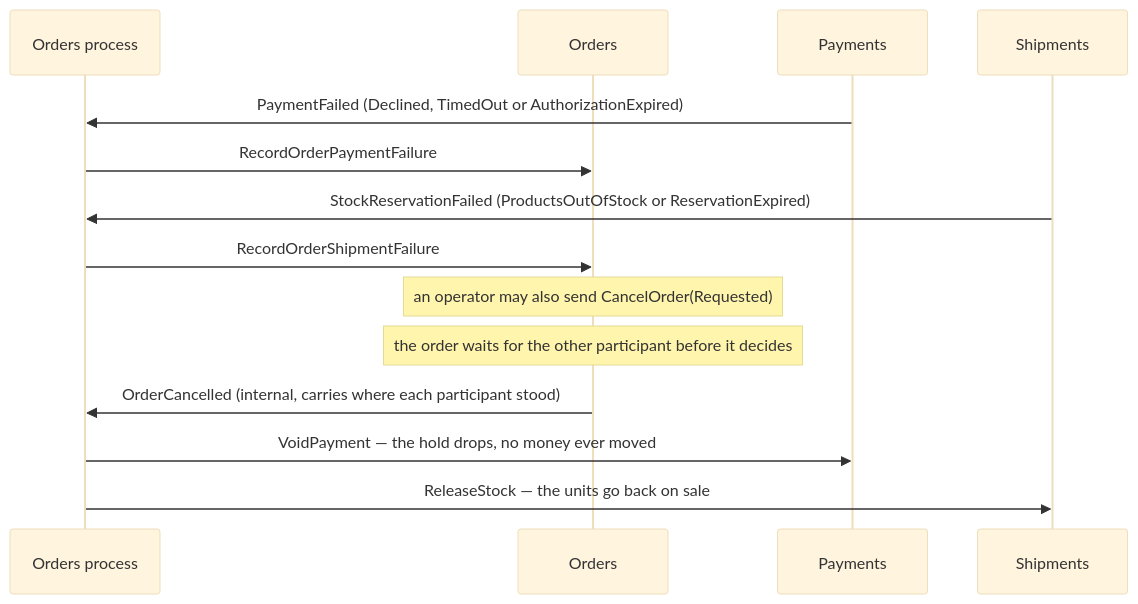
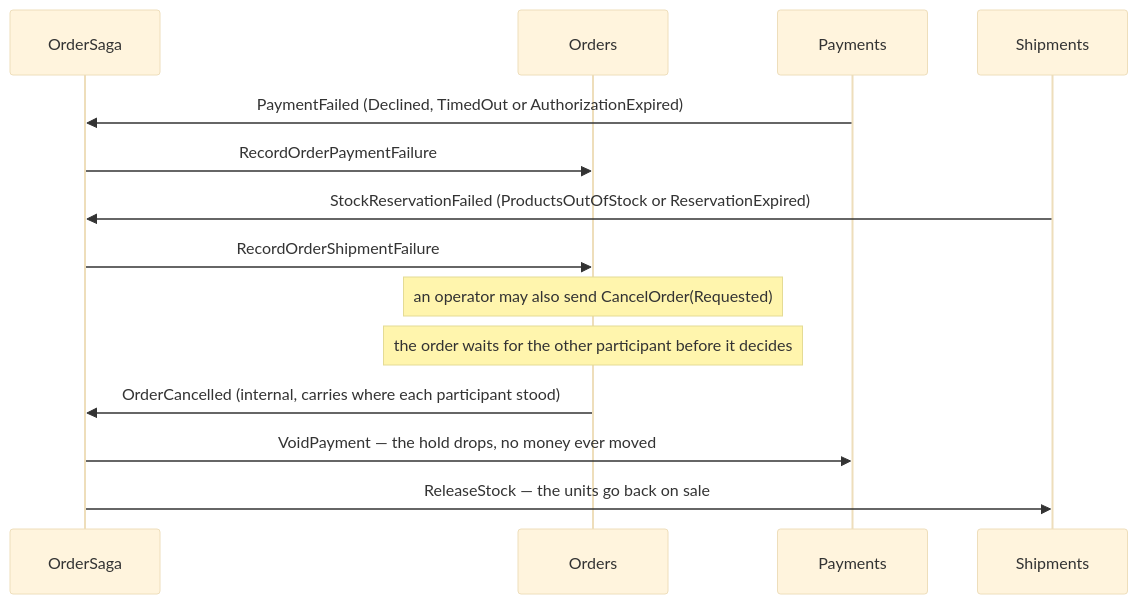
Before and after one commit to oskardudycz/EventSourcing.JVM: the fourth of 4 diagrams in samples/distributed-processes/README.md, drawn with Mermaid (base theme). The commit also changed other lines of this file and 17 other files, not shown here.

````diff
--- a/samples/distributed-processes/README.md
+++ b/samples/distributed-processes/README.md
@@ -298,17 +298,17 @@
 ```mermaid
 sequenceDiagram
-    participant Process as Orders process
+    participant Process as OrderSaga
     participant Order as Orders
     participant Pay as Payments
     participant Ship as Shipments
 
     Pay->>Process: PaymentFailed (Declined, TimedOut or AuthorizationExpired)
     Process->>Order: RecordOrderPaymentFailure
     Ship->>Process: StockReservationFailed (ProductsOutOfStock or ReservationExpired)
     Process->>Order: RecordOrderShipmentFailure
     Note over Order: an operator may also send CancelOrder(Requested)
     Note over Order: the order waits for the other participant before it decides
     Order->>Process: OrderCancelled (internal, carries where each participant stood)
     Process->>Pay: VoidPayment — the hold drops, no money ever moved
     Process->>Ship: ReleaseStock — the units go back on sale
 ```
````
